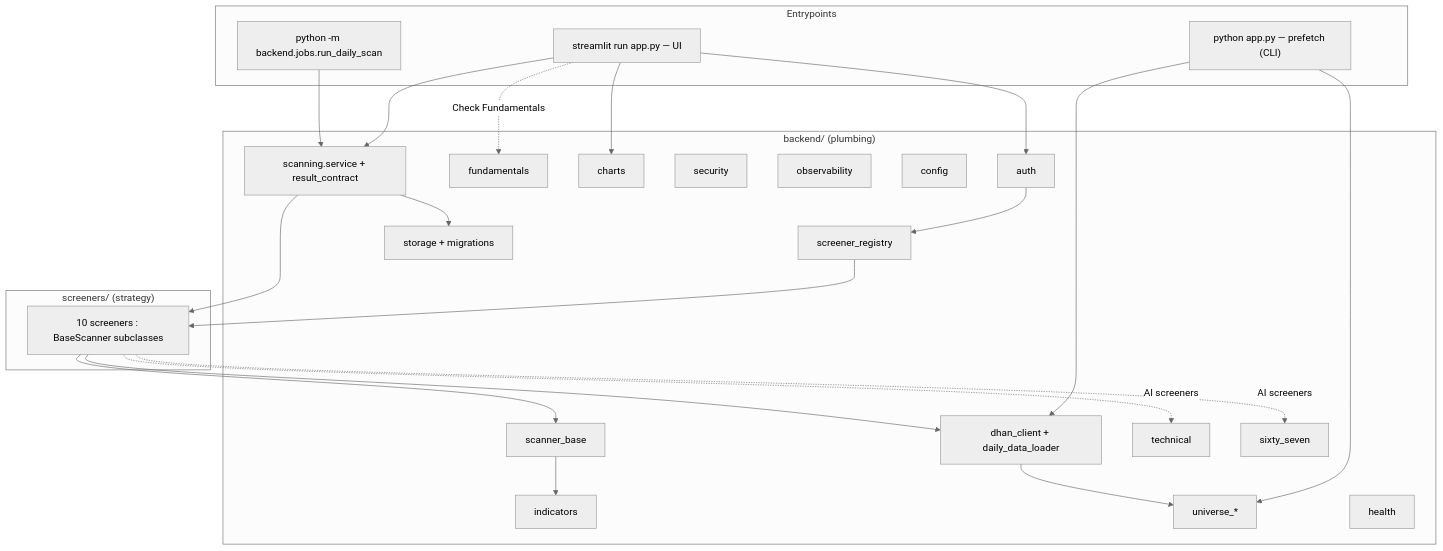
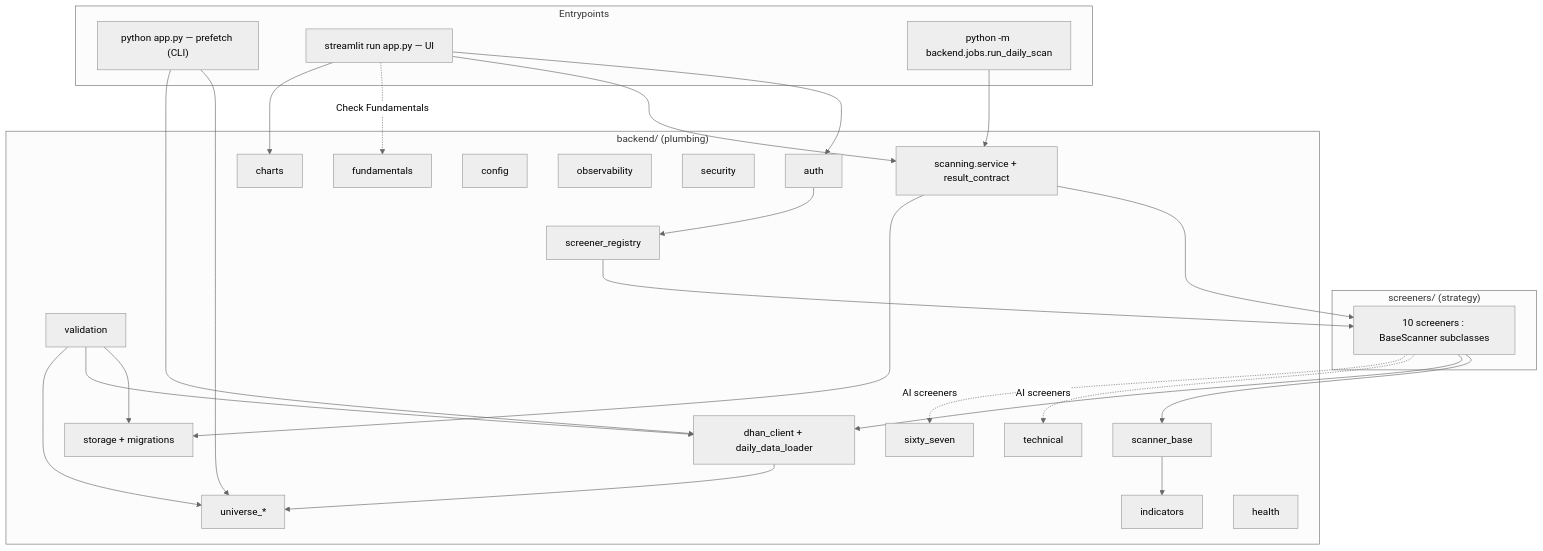
Before and after one commit to DoRmAmMu1997/Streamlit-Scanner-App: the second of 5 diagrams in docs/architecture/high-level-design.md, drawn with Mermaid (neutral theme). The commit also changed other lines of this file and 15 other files, not shown here.

````diff
--- a/docs/architecture/high-level-design.md
+++ b/docs/architecture/high-level-design.md
@@ -67,28 +67,29 @@
 ```mermaid
 flowchart TB
     subgraph Entrypoints
       PRE["python app.py — prefetch (CLI)"]
       UI["streamlit run app.py — UI"]
       JOB["python -m backend.jobs.run_daily_scan"]
     end
     subgraph Strategy["screeners/ (strategy)"]
       SCR["10 screeners : BaseScanner subclasses"]
     end
     subgraph Backend["backend/ (plumbing)"]
       REG["screener_registry"]; BASE["scanner_base"]; IND["indicators"]
       DATA["dhan_client + daily_data_loader"]; UNI["universe_*"]
-      SVC["scanning.service + result_contract"]; STORE["storage + migrations"]
+      SVC["scanning.service + result_contract"]; VAL["validation"]; STORE["storage + migrations"]
       AIF["fundamentals"]; AIT["technical"]; AI67["sixty_seven"]
       CH["charts"]; AUTH["auth"]; CFG["config"]; OBS["observability"]; SEC["security"]; HLT["health"]
     end
     PRE --> UNI & DATA
     UI --> AUTH --> REG --> SCR
     UI --> SVC; JOB --> SVC
     SCR --> BASE --> IND
     SVC --> SCR --> DATA --> UNI
     SVC --> STORE
+    VAL --> STORE & DATA & UNI
     SCR -. AI screeners .-> AIT & AI67
     UI -. Check Fundamentals .-> AIF
     UI --> CH
     CFG & OBS & SEC --- Backend
 ```
````
